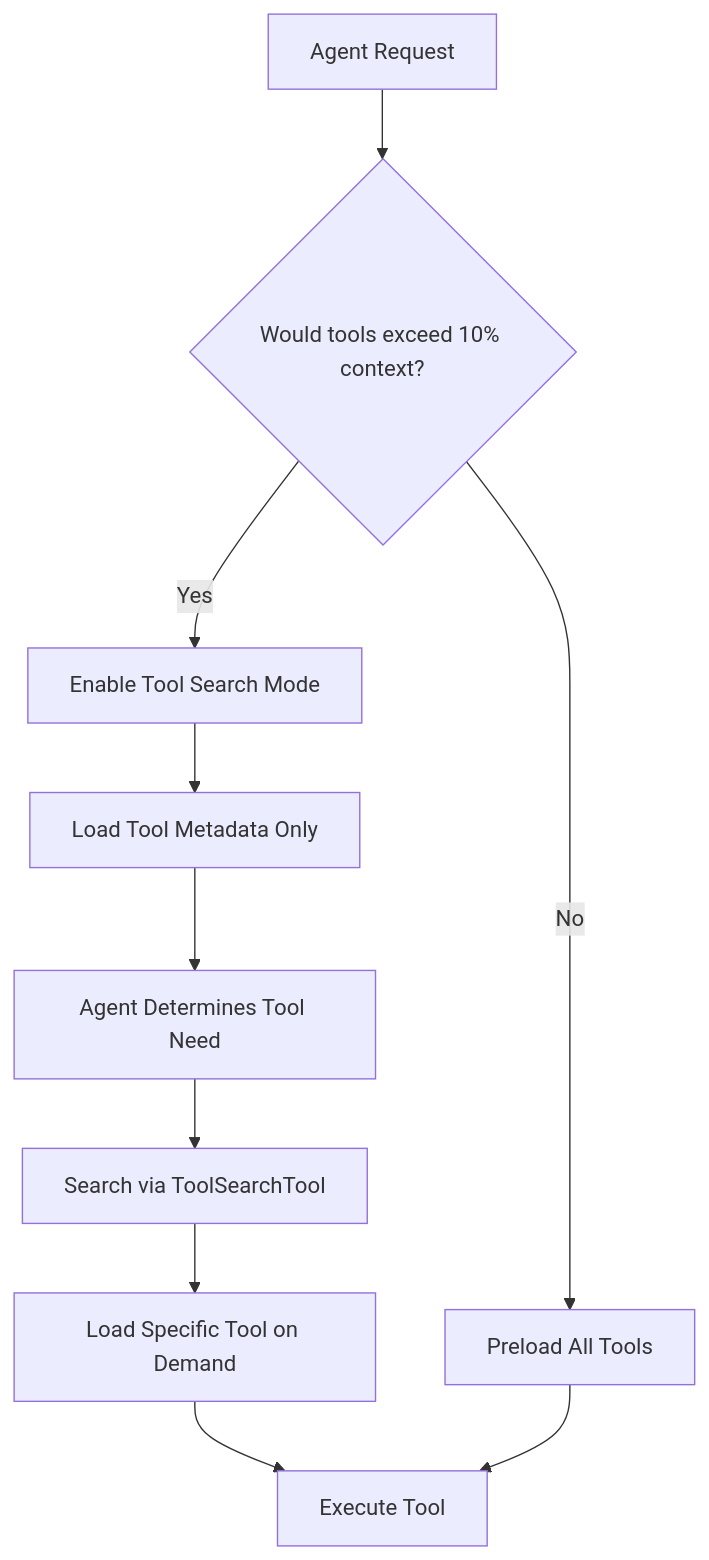
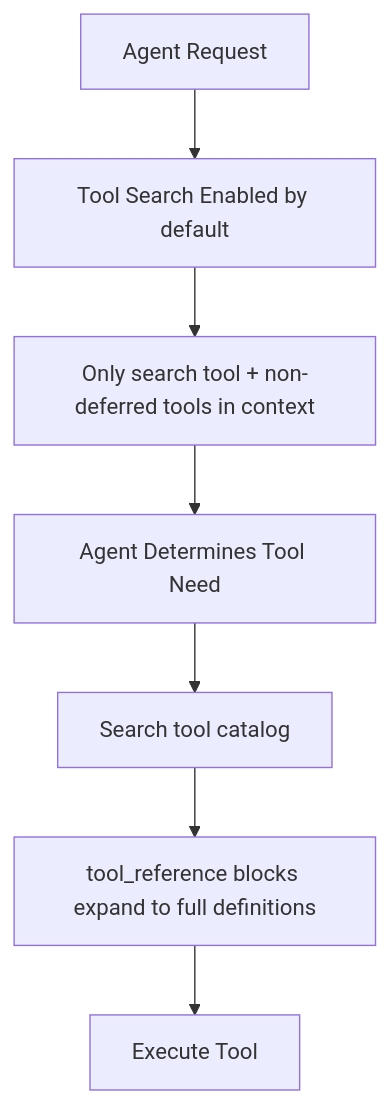
One commit to nibzard/awesome-agentic-patterns changed the diagram in patterns/tool-search-lazy-loading.md. Above: the diagram before and after it, drawn with Mermaid. The commit also changed other lines of this file and 66 other files, not shown here.

````diff
--- a/patterns/tool-search-lazy-loading.md
+++ b/patterns/tool-search-lazy-loading.md
@@ -44,12 +44,9 @@
 ```mermaid
 graph TD
-    A[Agent Request] --> B{Would tools exceed 10% context?}
-    B -->|No| C[Preload All Tools]
-    B -->|Yes| D[Enable Tool Search Mode]
-    D --> E[Load Tool Metadata Only]
-    E --> F[Agent Determines Tool Need]
-    F --> G[Search via ToolSearchTool]
-    G --> H[Load Specific Tool on Demand]
-    H --> I[Execute Tool]
-    C --> I
+    A[Agent Request] --> B[Tool Search Enabled by default]
+    B --> C[Only search tool + non-deferred tools in context]
+    C --> D[Agent Determines Tool Need]
+    D --> E[Search tool catalog]
+    E --> F[tool_reference blocks expand to full definitions]
+    F --> G[Execute Tool]
 ```
````
